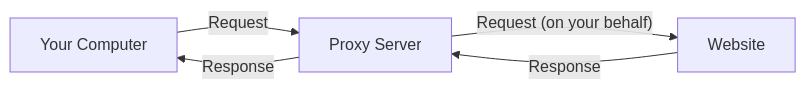
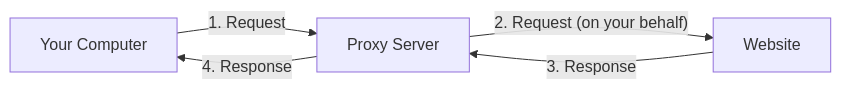
One commit to prisma-proxy/prisma changed the fourth of 7 diagrams in prisma-docs/docs/guide/basics.md. Above: the diagram before and after it, drawn with Mermaid. The commit also changed other lines of this file and 11 other files, not shown here.

````diff
--- a/prisma-docs/docs/guide/basics.md
+++ b/prisma-docs/docs/guide/basics.md
@@ -131,7 +122,7 @@
 ```mermaid
 graph LR
-    A["Your Computer"] -->|"Request"| B["Proxy Server"]
-    B -->|"Request (on your behalf)"| C["Website"]
-    C -->|"Response"| B
-    B -->|"Response"| A
+    A["Your Computer"] -->|"1. Request"| P["Proxy Server"]
+    P -->|"2. Request (on your behalf)"| W["Website"]
+    W -->|"3. Response"| P
+    P -->|"4. Response"| A
 ```
````
